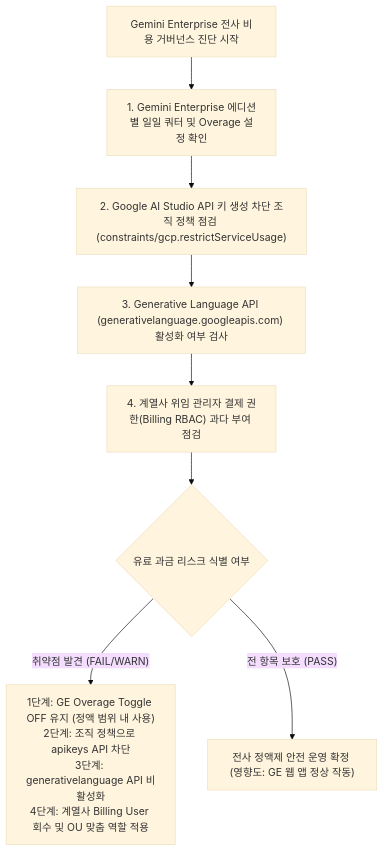
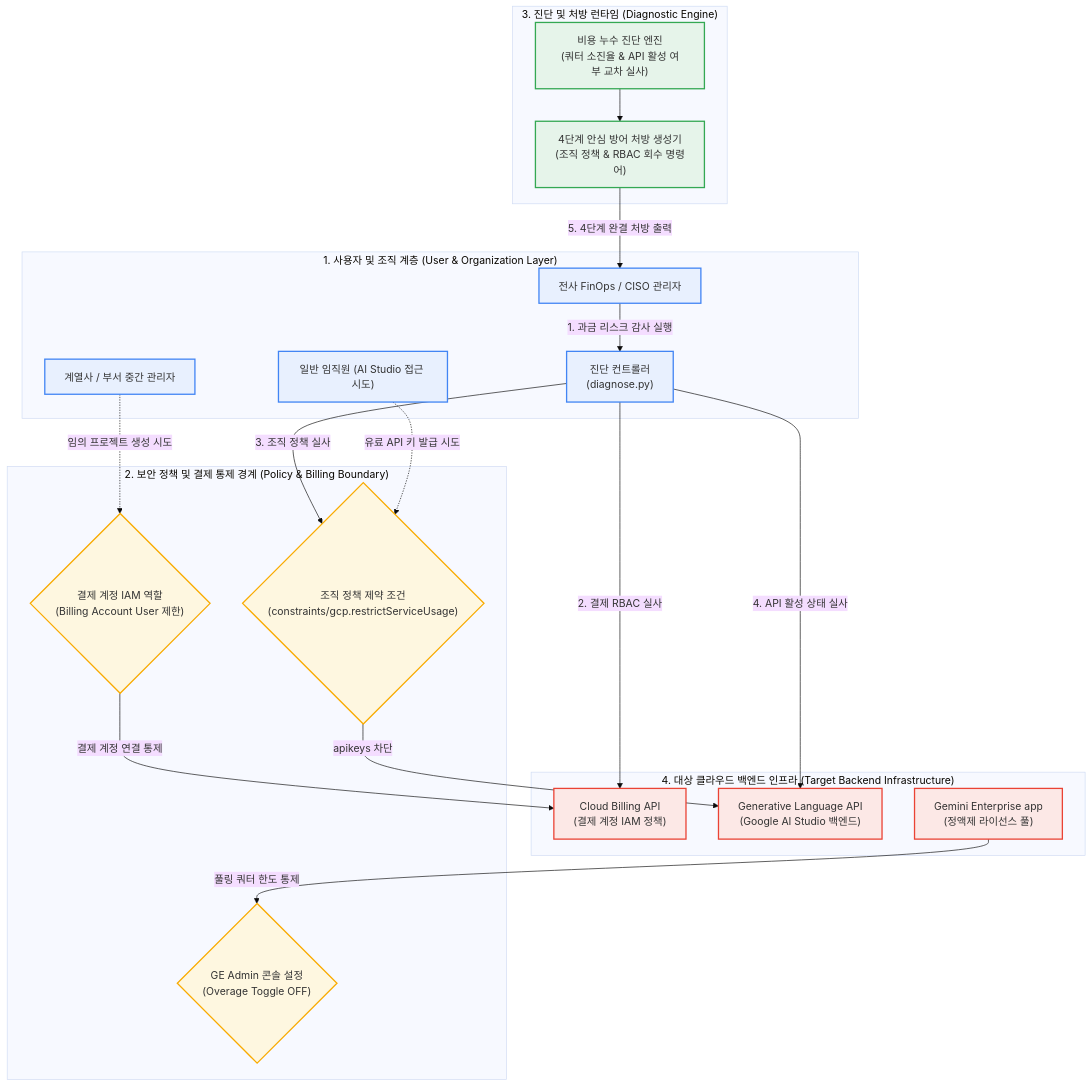
The diagram in samples/gemini-enterprise-overage-guard/README.md (jiangjun-forge/google-cloud-0-to-1), drawn with Mermaid (base theme) before and after one commit. The commit also changed other lines of this file and 94 other files, not shown here.

Commit message:
Standardize architecture specifications

````diff
--- a/samples/gemini-enterprise-overage-guard/README.md
+++ b/samples/gemini-enterprise-overage-guard/README.md
@@ -76,10 +78,47 @@
 ```mermaid
 flowchart TD
-    A["Gemini Enterprise 전사 비용 거버넌스 진단 시작"] --> B["1. Gemini Enterprise 에디션별 일일 쿼터 및 Overage 설정 확인"]
-    B --> C["2. Google AI Studio API 키 생성 차단 조직 정책 점검 (constraints/gcp.restrictServiceUsage)"]
-    C --> D["3. Generative Language API (generativelanguage.googleapis.com) 활성화 여부 검사"]
-    D --> E["4. 계열사 위임 관리자 결제 권한(Billing RBAC) 과다 부여 점검"]
-    E --> F{"유료 과금 리스크 식별 여부"}
-    F -- "취약점 발견 (FAIL/WARN)" --> G["1단계: GE Overage Toggle OFF 유지 (정액 범위 내 사용)<br>2단계: 조직 정책으로 apikeys API 차단<br>3단계: generativelanguage API 비활성화<br>4단계: 계열사 Billing User 회수 및 OU 맞춤 역할 적용"]
-    F -- "전 항목 보호 (PASS)" --> H["전사 정액제 안전 운영 확정 (영향도: GE 웹 앱 정상 작동)"]
+    subgraph Layer1["1. 사용자 및 조직 계층 (User & Organization Layer)"]
+        User["일반 임직원 (AI Studio 접근 시도)"]
+        SubAdmin["계열사 / 부서 중간 관리자"]
+        FinOps["전사 FinOps / CISO 관리자"] -->|"1. 과금 리스크 감사 실행"| CLI["진단 컨트롤러<br/>(diagnose.py)"]
+    end
+
+    subgraph Layer2["2. 보안 정책 및 결제 통제 경계 (Policy & Billing Boundary)"]
+        OrgPolicy{"조직 정책 제약 조건<br/>(constraints/gcp.restrictServiceUsage)"}
+        BillingRBAC{"결제 계정 IAM 역할<br/>(Billing Account User 제한)"}
+        OverageToggle{"GE Admin 콘솔 설정<br/>(Overage Toggle OFF)"}
+    end
+
+    subgraph Layer3["3. 진단 및 처방 런타임 (Diagnostic Engine)"]
+        Engine["비용 누수 진단 엔진<br/>(쿼터 소진율 & API 활성 여부 교차 실사)"]
+        FixGen["4단계 안심 방어 처방 생성기<br/>(조직 정책 & RBAC 회수 명령어)"]
+        Engine --> FixGen
+    end
+
+    subgraph Layer4["4. 대상 클라우드 백엔드 인프라 (Target Backend Infrastructure)"]
+        BillingSvc["Cloud Billing API<br/>(결제 계정 IAM 정책)"]
+        GenLangAPI["Generative Language API<br/>(Google AI Studio 백엔드)"]
+        GEApp["Gemini Enterprise app<br/>(정액제 라이선스 풀)"]
+    end
+
+    User -.->|"유료 API 키 발급 시도"| OrgPolicy
+    OrgPolicy -->|"apikeys 차단"| GenLangAPI
+    SubAdmin -.->|"임의 프로젝트 생성 시도"| BillingRBAC
+    BillingRBAC -->|"결제 계정 연결 통제"| BillingSvc
+    GEApp -->|"풀링 쿼터 한도 통제"| OverageToggle
+
+    CLI -->|"2. 결제 RBAC 실사"| BillingSvc
+    CLI -->|"3. 조직 정책 실사"| OrgPolicy
+    CLI -->|"4. API 활성 상태 실사"| GenLangAPI
+    FixGen -->|"5. 4단계 완결 처방 출력"| FinOps
+
+    classDef portal fill:#e8f0fe,stroke:#4285f4,stroke-width:2px;
+    classDef security fill:#fef7e0,stroke:#f9ab00,stroke-width:2px;
+    classDef runtime fill:#e6f4ea,stroke:#34a853,stroke-width:2px;
+    classDef backend fill:#fce8e6,stroke:#ea4335,stroke-width:2px;
+
+    class User,SubAdmin,FinOps,CLI portal;
+    class OrgPolicy,BillingRBAC,OverageToggle security;
+    class Engine,FixGen runtime;
+    class BillingSvc,GenLangAPI,GEApp backend;
 ```
````
